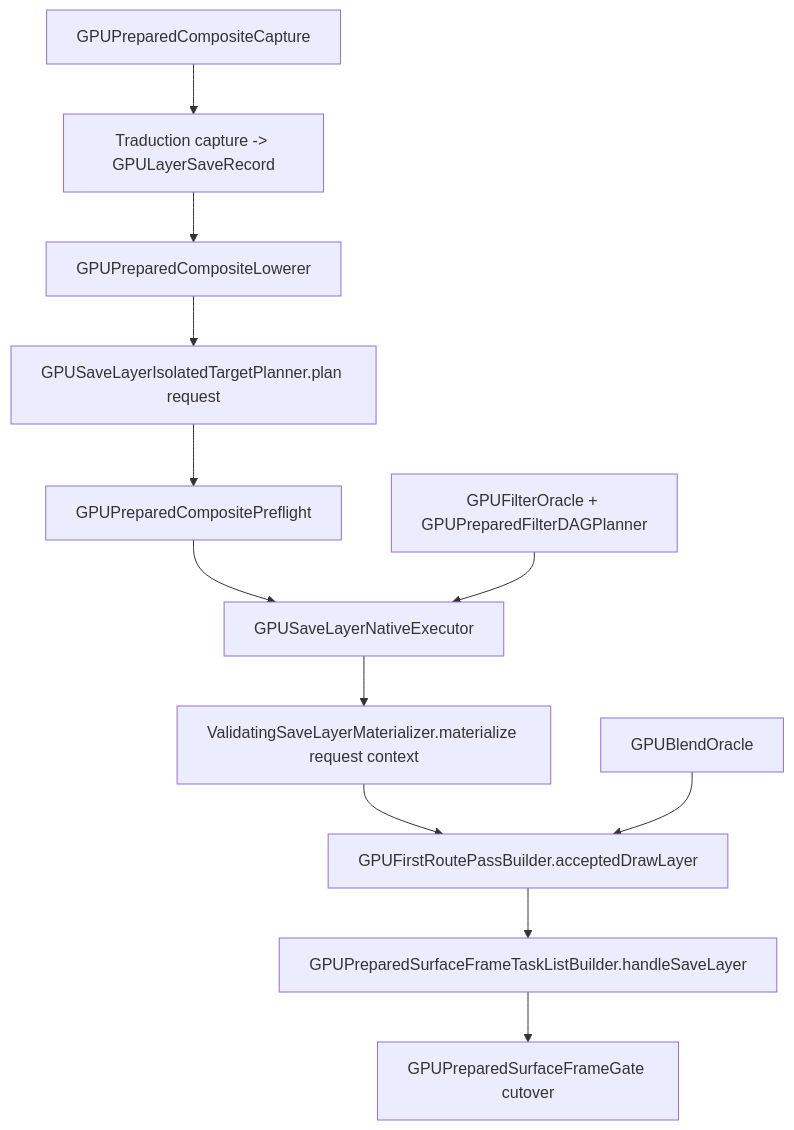
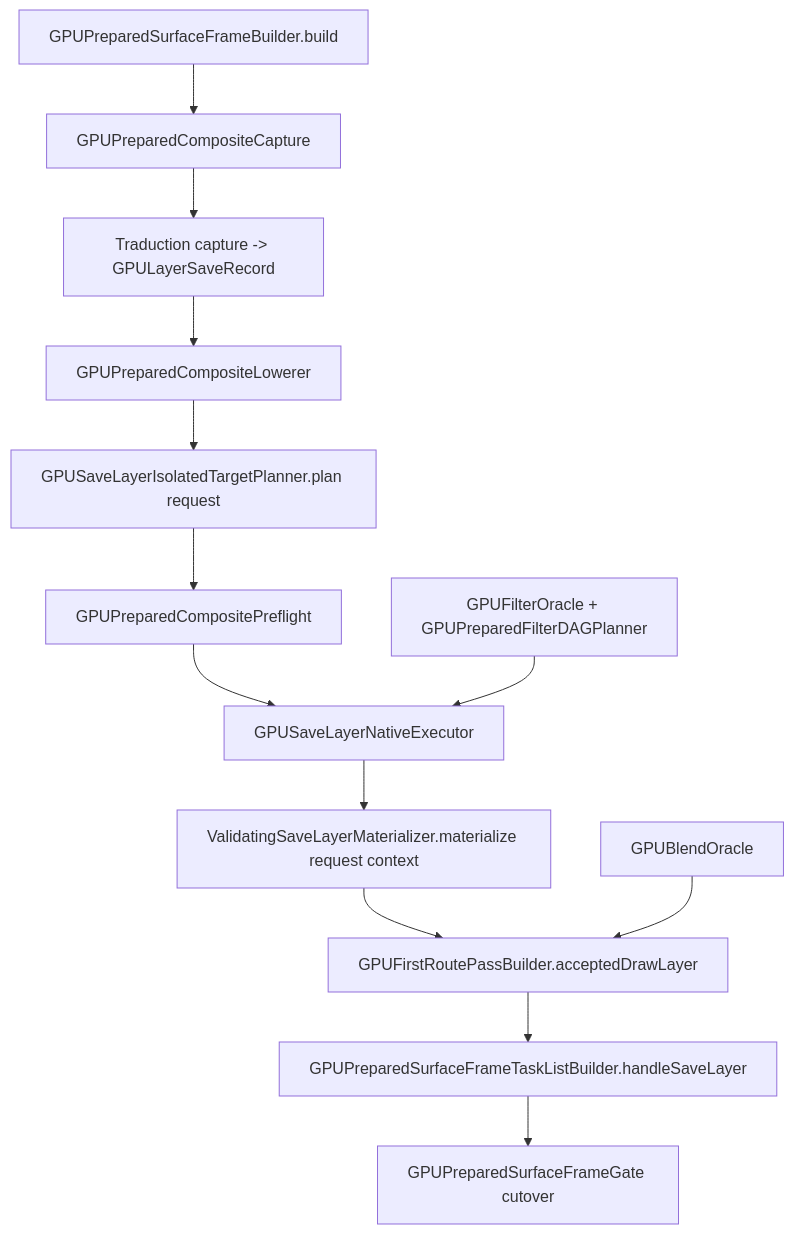
Before and after one commit to ygdrasil-io/kanvas: the diagram in reports/fp07-composite-route-design.md, drawn with Mermaid. The commit also changed other lines of this file and 1 other file, not shown here.

Commit message:
docs(surface): correct fp07 filter route taxonomy and monolith size

````diff
--- a/reports/fp07-composite-route-design.md
+++ b/reports/fp07-composite-route-design.md
@@ -112,14 +86,15 @@
 ```mermaid
 graph TD
+    Builder[GPUPreparedSurfaceFrameBuilder.build] --> Capture[GPUPreparedCompositeCapture]
     Capture[GPUPreparedCompositeCapture] --> Translate[Traduction capture -> GPULayerSaveRecord]
     Translate --> Lowerer[GPUPreparedCompositeLowerer]
     Lowerer --> Planner[GPUSaveLayerIsolatedTargetPlanner.plan request]
     Planner --> Preflight[GPUPreparedCompositePreflight]
     Preflight --> Executor[GPUSaveLayerNativeExecutor]
     Executor --> Materializer[ValidatingSaveLayerMaterializer.materialize request context]
     Materializer --> Pass[GPUFirstRoutePassBuilder.acceptedDrawLayer]
     Pass --> TaskList[GPUPreparedSurfaceFrameTaskListBuilder.handleSaveLayer]
     TaskList --> Gate[GPUPreparedSurfaceFrameGate cutover]
     Filters[GPUFilterOracle + GPUPreparedFilterDAGPlanner] --> Executor
     Blend[GPUBlendOracle] --> Pass
 ```
````
